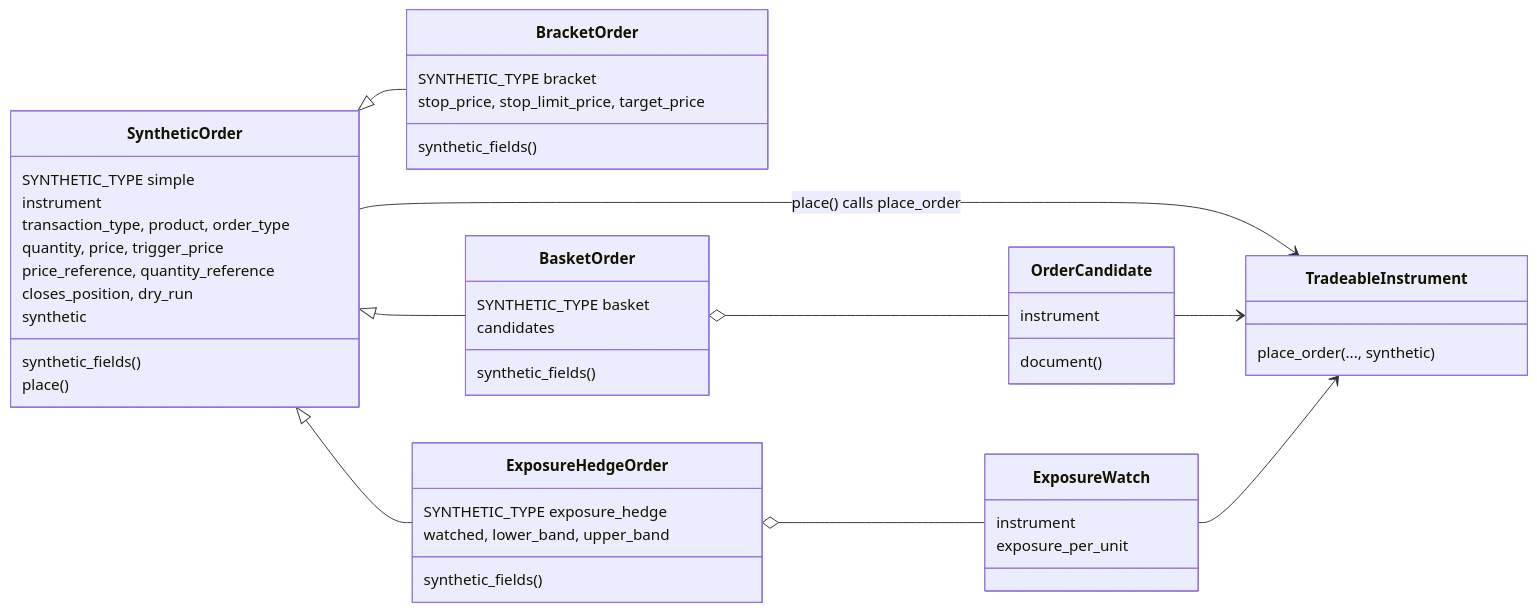
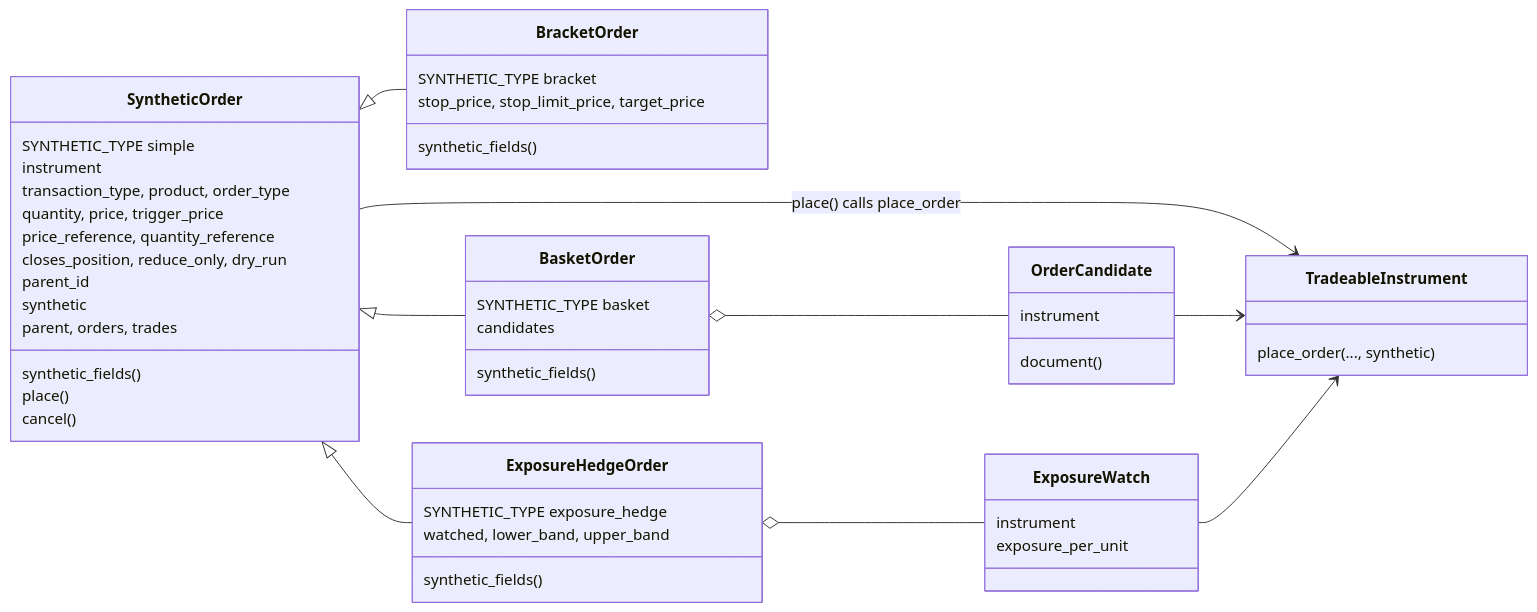
One commit to pramodathani/tradingmachine changed the fourth of 4 diagrams in docs/architecture/instrument-model.md. Above: the diagram before and after it, drawn with Mermaid. The commit also changed other lines of this file and 29 other files, not shown here.

````diff
--- a/docs/architecture/instrument-model.md
+++ b/docs/architecture/instrument-model.md
@@ -256,49 +256,52 @@
 ```mermaid
 classDiagram
     direction LR
     class SyntheticOrder {
         SYNTHETIC_TYPE simple
         instrument
         transaction_type, product, order_type
         quantity, price, trigger_price
         price_reference, quantity_reference
-        closes_position, dry_run
+        closes_position, reduce_only, dry_run
+        parent_id
         synthetic
         synthetic_fields()
         place()
+        cancel()
+        parent, orders, trades
     }
     class BracketOrder {
         SYNTHETIC_TYPE bracket
         stop_price, stop_limit_price, target_price
         synthetic_fields()
     }
     class BasketOrder {
         SYNTHETIC_TYPE basket
         candidates
         synthetic_fields()
     }
     class ExposureHedgeOrder {
         SYNTHETIC_TYPE exposure_hedge
         watched, lower_band, upper_band
         synthetic_fields()
     }
     class OrderCandidate {
         instrument
         document()
     }
     class ExposureWatch {
         instrument
         exposure_per_unit
     }
     class TradeableInstrument {
         place_order(..., synthetic)
     }
     SyntheticOrder <|-- BracketOrder
     SyntheticOrder <|-- BasketOrder
     SyntheticOrder <|-- ExposureHedgeOrder
     SyntheticOrder --> TradeableInstrument : place() calls place_order
     BasketOrder o-- OrderCandidate
     ExposureHedgeOrder o-- ExposureWatch
     OrderCandidate --> TradeableInstrument
     ExposureWatch --> TradeableInstrument
 ```
````
